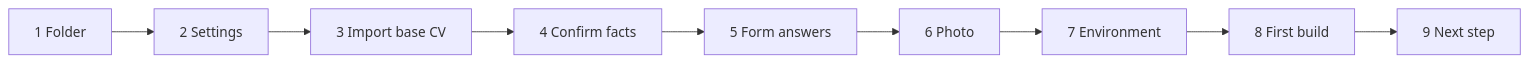
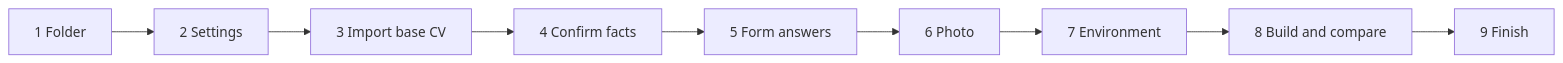
Before and after one commit to askrinnik/ai-plugins: the diagram in plugins/jobsearch-kit/skills/init-workspace/SKILL.md, drawn with Mermaid. The commit also changed other lines of this file and 57 other files, not shown here.

````diff
--- a/plugins/jobsearch-kit/skills/init-workspace/SKILL.md
+++ b/plugins/jobsearch-kit/skills/init-workspace/SKILL.md
@@ -17,11 +17,11 @@
 ```mermaid
 flowchart LR
   F[1 Folder] --> S[2 Settings]
   S --> I[3 Import base CV]
   I --> C[4 Confirm facts]
   C --> A[5 Form answers]
   A --> P[6 Photo]
   P --> E[7 Environment]
-  E --> B[8 First build]
-  B --> N[9 Next step]
+  E --> B[8 Build and compare]
+  B --> N[9 Finish]
 ```
````
